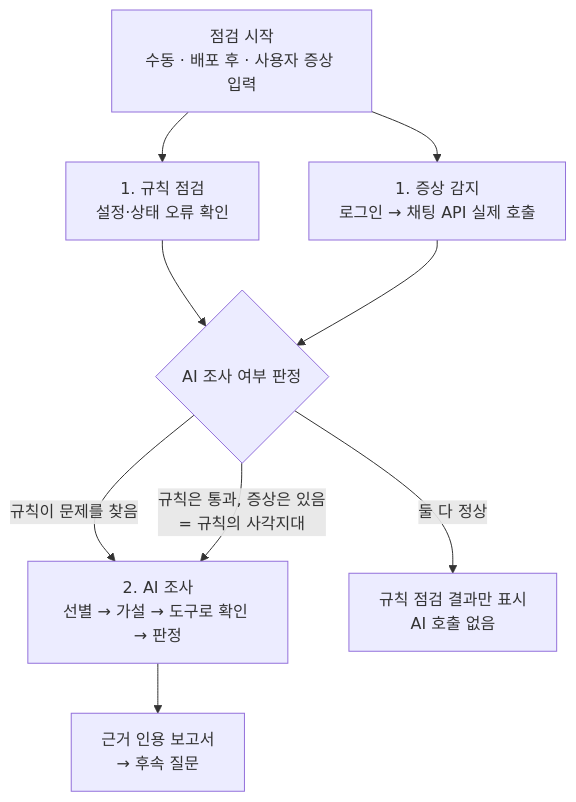
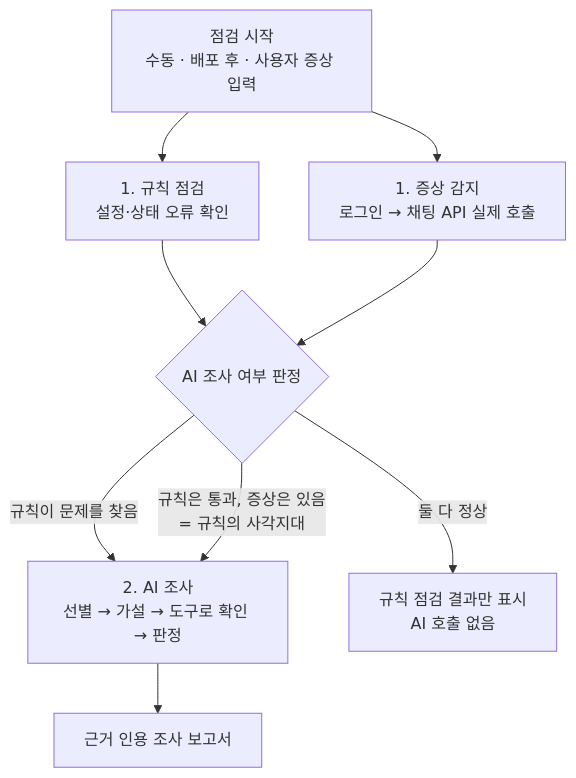
One commit to skax-jihyeryu/KubeGuardian changed the second of 2 diagrams in docs/산출물/02-문제정의및서비스기획.md. Above: the diagram before and after it, drawn with Mermaid. The commit also changed other lines of this file and 1 other file, not shown here.

First line of the commit message:
docs(deliverables): 후속 질문을 범위에서 제외하고 보고서 완결성 강화

````diff
--- a/docs/산출물/02-문제정의및서비스기획.md
+++ b/docs/산출물/02-문제정의및서비스기획.md
@@ -112,11 +112,11 @@
 ```mermaid
 flowchart TB
     T[점검 시작<br/>수동 · 배포 후 · 사용자 증상 입력] --> R[1. 규칙 점검<br/>설정·상태 오류 확인]
     T --> S[1. 증상 감지<br/>로그인 → 채팅 API 실제 호출]
     R --> G{AI 조사 여부 판정}
     S --> G
     G -->|규칙이 문제를 찾음| AI[2. AI 조사<br/>선별 → 가설 → 도구로 확인 → 판정]
     G -->|규칙은 통과, 증상은 있음<br/>= 규칙의 사각지대| AI
     G -->|둘 다 정상| OK[규칙 점검 결과만 표시<br/>AI 호출 없음]
-    AI --> REP[근거 인용 보고서<br/>→ 후속 질문]
+    AI --> REP[근거 인용 조사 보고서]
 ```
````
